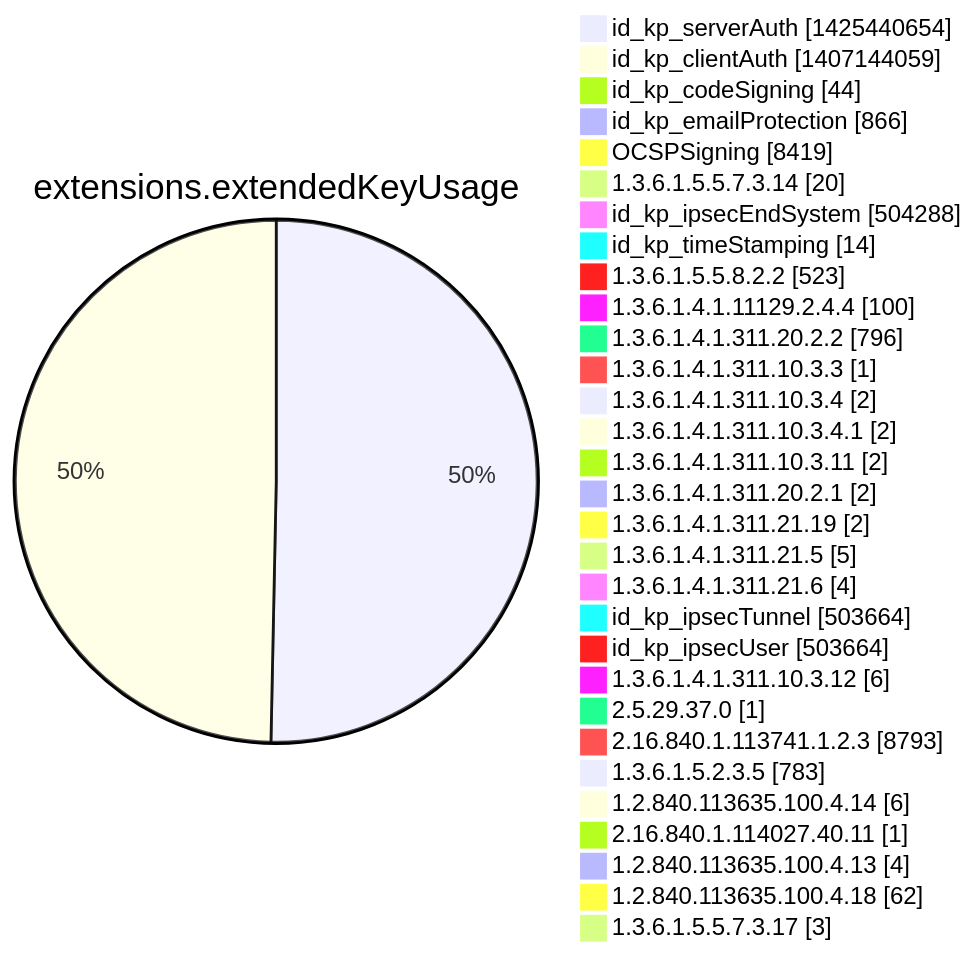
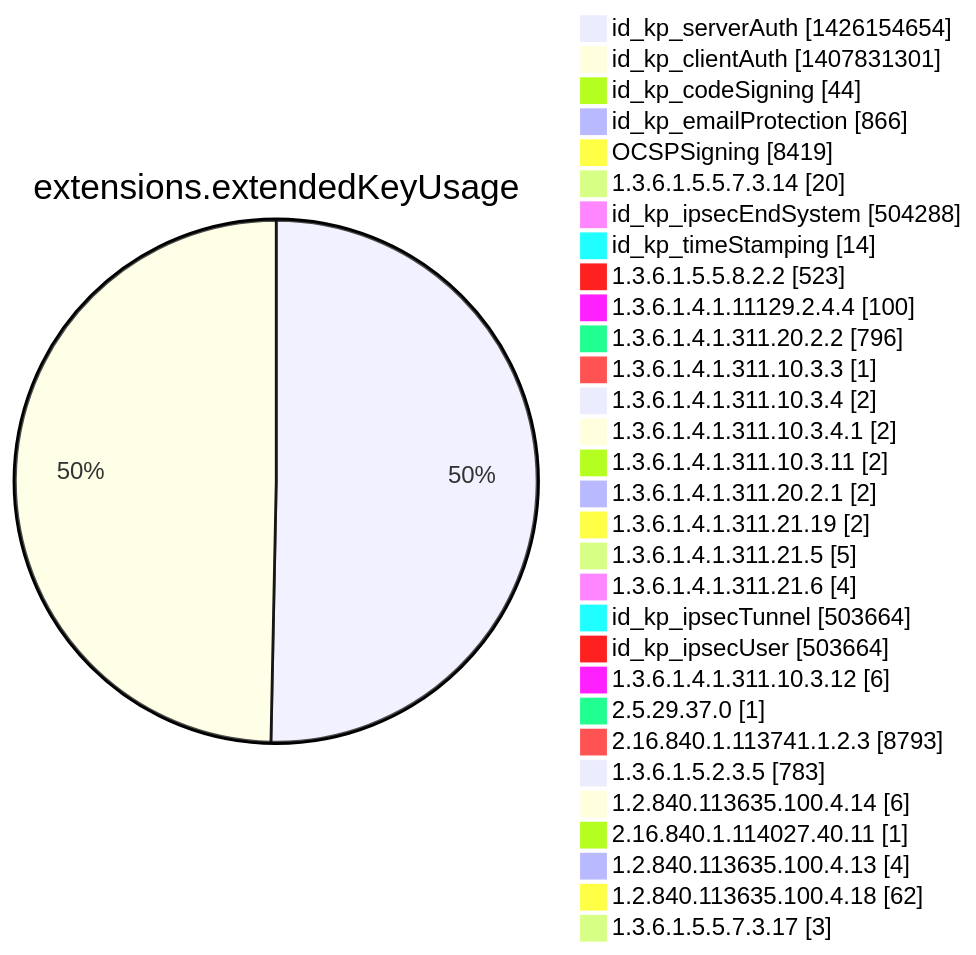
Before and after one commit to christiankrug/ctmonitor_visualization: diagram 12 of 15 in argon2022/README.md, drawn with Mermaid. The commit also changed other lines of this file, not shown here.

````diff
--- a/argon2022/README.md
+++ b/argon2022/README.md
@@ -3555,34 +3555,34 @@
 ```mermaid
 pie showData
 title extensions.extendedKeyUsage
-"id_kp_serverAuth" :1425440654
-"id_kp_clientAuth" :1407144059
+"id_kp_serverAuth" :1426154654
+"id_kp_clientAuth" :1407831301
 "id_kp_codeSigning" :44
 "id_kp_emailProtection" :866
 "OCSPSigning" :8419
 "1.3.6.1.5.5.7.3.14" :20
 "id_kp_ipsecEndSystem" :504288
 "id_kp_timeStamping" :14
 "1.3.6.1.5.5.8.2.2" :523
 "1.3.6.1.4.1.11129.2.4.4" :100
 "1.3.6.1.4.1.311.20.2.2" :796
 "1.3.6.1.4.1.311.10.3.3" :1
 "1.3.6.1.4.1.311.10.3.4" :2
 "1.3.6.1.4.1.311.10.3.4.1" :2
 "1.3.6.1.4.1.311.10.3.11" :2
 "1.3.6.1.4.1.311.20.2.1" :2
 "1.3.6.1.4.1.311.21.19" :2
 "1.3.6.1.4.1.311.21.5" :5
 "1.3.6.1.4.1.311.21.6" :4
 "id_kp_ipsecTunnel" :503664
 "id_kp_ipsecUser" :503664
 "1.3.6.1.4.1.311.10.3.12" :6
 "2.5.29.37.0" :1
 "2.16.840.1.113741.1.2.3" :8793
 "1.3.6.1.5.2.3.5" :783
 "1.2.840.113635.100.4.14" :6
 "2.16.840.1.114027.40.11" :1
 "1.2.840.113635.100.4.13" :4
 "1.2.840.113635.100.4.18" :62
 "1.3.6.1.5.5.7.3.17" :3
 ```
````
